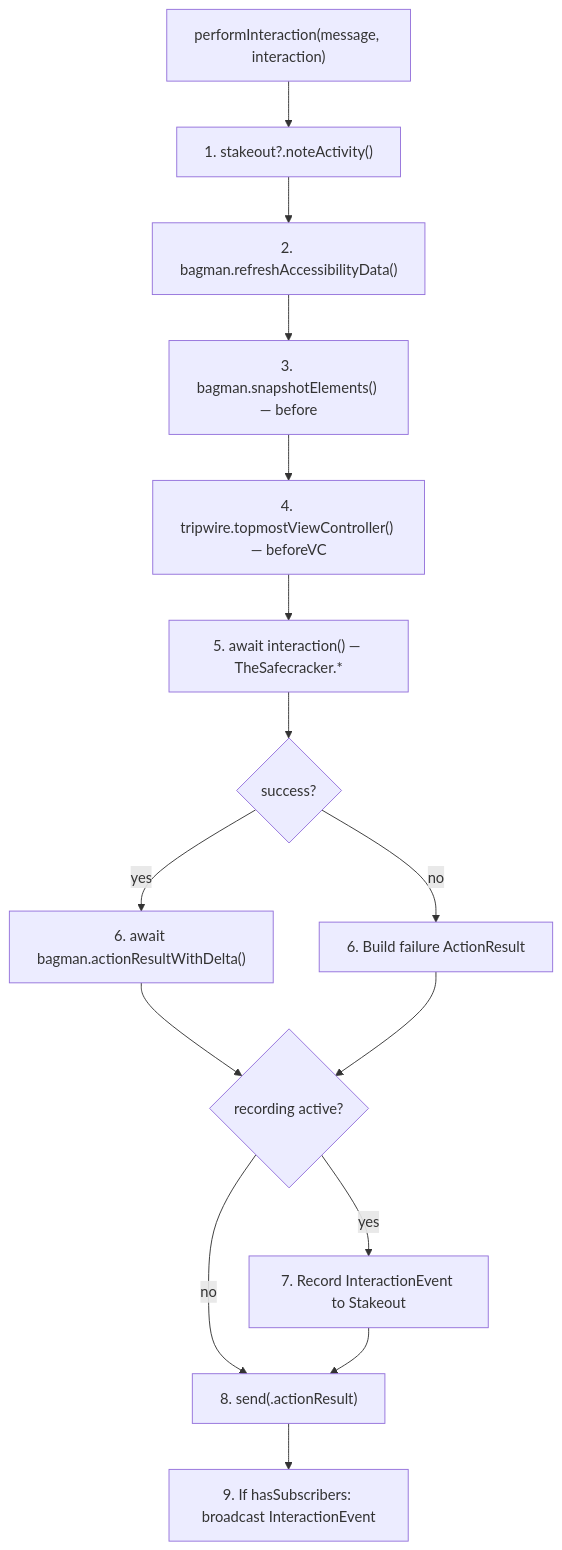
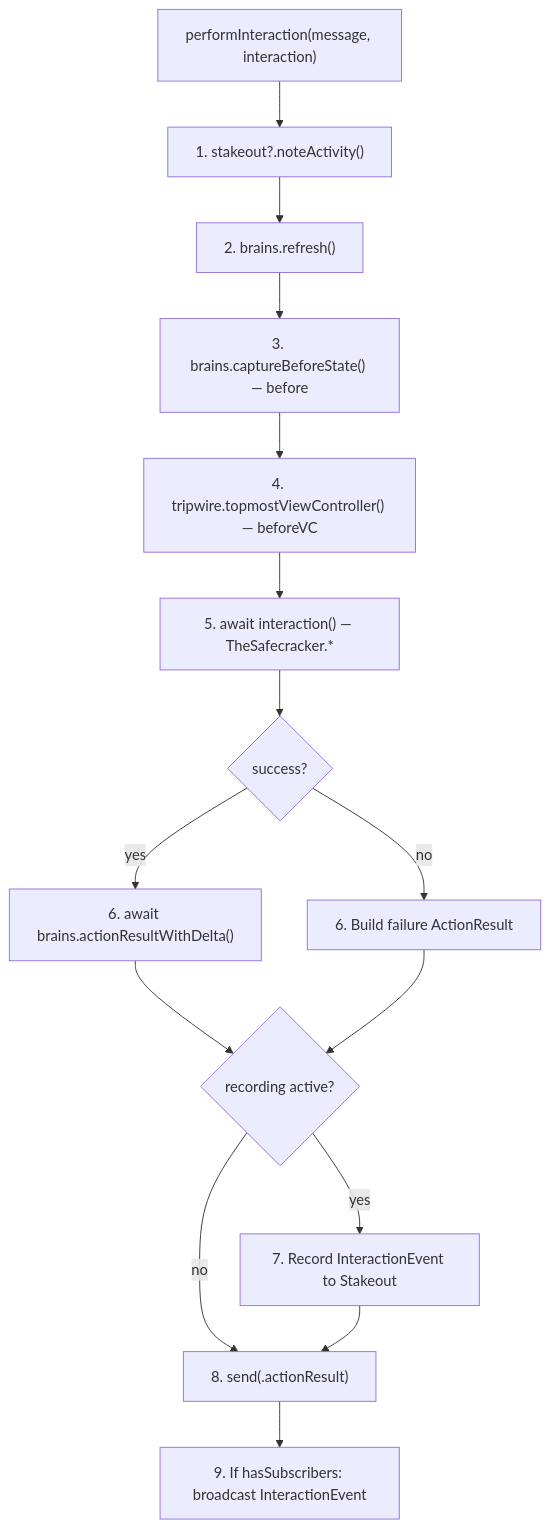
One commit to RoyalPineapple/TheButtonHeist changed the third of 5 diagrams in docs/dossiers/07-THEINSIDEJOB.md. Above: the diagram before and after it, drawn with Mermaid. The commit also changed other lines of this file and 71 other files, not shown here.

First line of the commit message:
Decompose TheBagman → TheStash + TheBurglar + TheBrains (#248)

````diff
--- a/docs/dossiers/07-THEINSIDEJOB.md
+++ b/docs/dossiers/07-THEINSIDEJOB.md
@@ -129,18 +137,18 @@
 ```mermaid
 flowchart TD
     Start["performInteraction(message, interaction)"]
     Start --> S1["1. stakeout?.noteActivity()"]
-    S1 --> S2["2. bagman.refreshAccessibilityData()"]
-    S2 --> S3["3. bagman.snapshotElements() — before"]
+    S1 --> S2["2. brains.refresh()"]
+    S2 --> S3["3. brains.captureBeforeState() — before"]
     S3 --> S3b["4. tripwire.topmostViewController() — beforeVC"]
     S3b --> S4["5. await interaction() — TheSafecracker.*"]
     S4 --> S5{"success?"}
-    S5 -->|yes| S5a["6. await bagman.actionResultWithDelta()"]
+    S5 -->|yes| S5a["6. await brains.actionResultWithDelta()"]
     S5 -->|no| S5b["6. Build failure ActionResult"]
     S5a --> S6{"recording active?"}
     S5b --> S6
     S6 -->|yes| S6a["7. Record InteractionEvent to Stakeout"]
     S6 -->|no| S7["8. send(.actionResult)"]
     S6a --> S7
     S7 --> S8["9. If hasSubscribers: broadcast InteractionEvent"]
 ```
````
